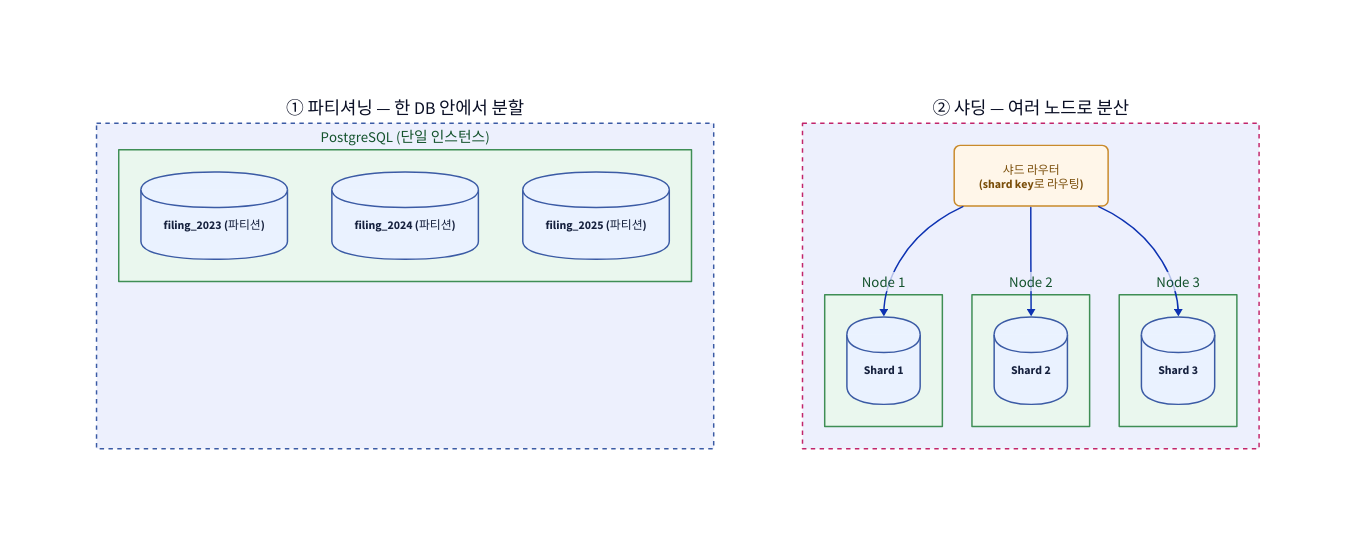
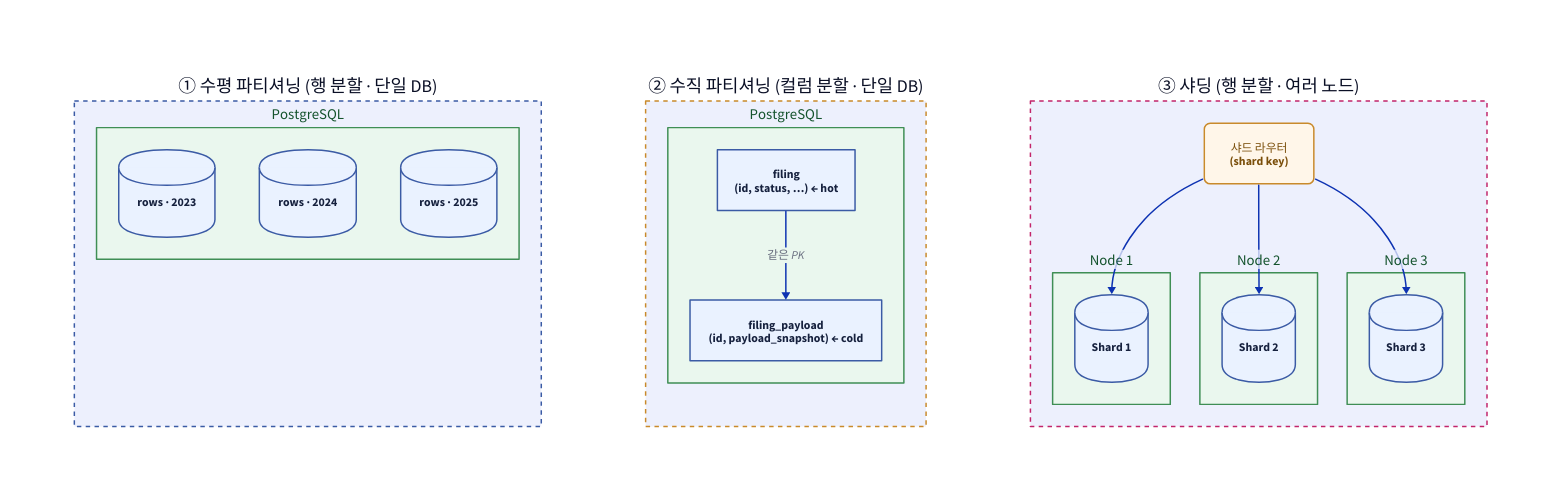
The diagram in cs-study/assets/샤딩-vs-파티셔닝.d2 (Hyune-s-lab/my-ai-study), drawn with D2 before and after one commit. The commit also changed 2 other files, not shown here.

Commit message:
docs: 샤딩/파티셔닝 그림 3분할(수평·수직·샤딩)로 갱신 + 본문 압축
수직 파티셔닝(hot/cold 같은 PK) 패널 추가해 표와 일치. 샤딩 난점·언제 섹션 요약.

```diff
--- a/cs-study/assets/샤딩-vs-파티셔닝.d2
+++ b/cs-study/assets/샤딩-vs-파티셔닝.d2
@@ -1,31 +1,41 @@
 vars: { d2-config: { pad: 30 } }
 classes: {
   db:   { style: { fill: "#EAF7EE"; stroke: "#3F8E55"; font-color: "#14532D" } }
   part: { shape: cylinder; style: { fill: "#EAF2FF"; stroke: "#3B5BA5"; font-color: "#16213E" } }
+  tbl:  { style: { fill: "#EAF2FF"; stroke: "#3B5BA5"; font-color: "#16213E" } }
   app:  { style: { fill: "#FFF6E9"; stroke: "#C98A2B"; font-color: "#7A4E0A"; border-radius: 8 } }
 }
 cmp: "" {
   style: { fill: "#FFFFFF"; stroke: "#FFFFFF" }
-  grid-columns: 2
-  grid-gap: 120
+  grid-columns: 3
+  grid-gap: 90
 
-  partm: "① 파티셔닝 — 한 DB 안에서 분할" {
+  h: "① 수평 파티셔닝  (행 분할 · 단일 DB)" {
     style: { stroke: "#3B5BA5"; stroke-dash: 3 }
-    db: "PostgreSQL (단일 인스턴스)" {
+    db: "PostgreSQL" {
       class: db
-      p1: "filing_2023 (파티션)" { class: part }
-      p2: "filing_2024 (파티션)" { class: part }
-      p3: "filing_2025 (파티션)" { class: part }
+      p1: "rows · 2023" { class: part }
+      p2: "rows · 2024" { class: part }
+      p3: "rows · 2025" { class: part }
     }
   }
-  shard: "② 샤딩 — 여러 노드로 분산" {
+  v: "② 수직 파티셔닝  (컬럼 분할 · 단일 DB)" {
+    style: { stroke: "#C98A2B"; stroke-dash: 3 }
+    db: "PostgreSQL" {
+      class: db
+      t1: "filing\n(id, status, …)  ← hot" { class: tbl }
+      t2: "filing_payload\n(id, payload_snapshot)  ← cold" { class: tbl }
+      t1 -> t2: "같은 PK"
+    }
+  }
+  s: "③ 샤딩  (행 분할 · 여러 노드)" {
     style: { stroke: "#C2256B"; stroke-dash: 3 }
-    router: "샤드 라우터\n(shard key로 라우팅)" { class: app }
+    router: "샤드 라우터\n(shard key)" { class: app }
     n1: "Node 1" { class: db; s1: "Shard 1" { class: part } }
     n2: "Node 2" { class: db; s2: "Shard 2" { class: part } }
     n3: "Node 3" { class: db; s3: "Shard 3" { class: part } }
     router -> n1.s1
     router -> n2.s2
     router -> n3.s3
   }
 }
```
